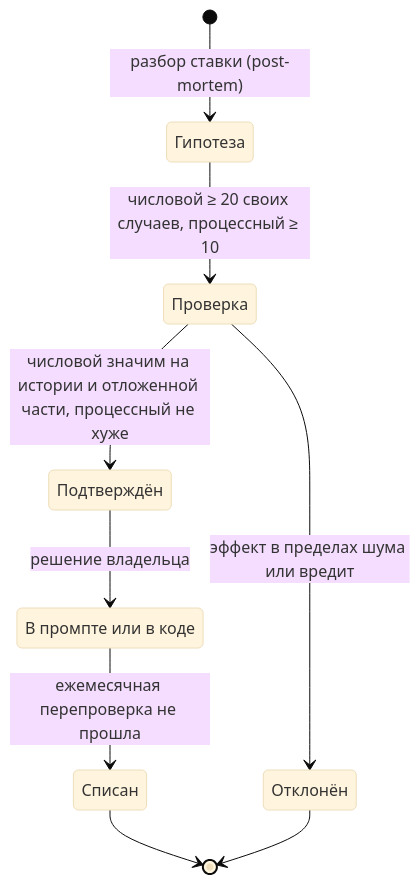
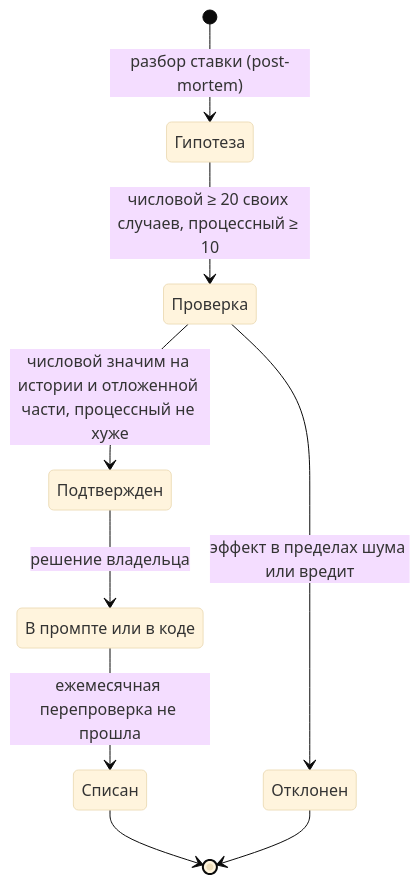
One commit to rvburov/ai_agent_capper changed the second of 2 diagrams in docs/LLM_LEARNING.md. Above: the diagram before and after it, drawn with Mermaid (base theme). The commit also changed other lines of this file and 31 other files, not shown here.

````diff
--- a/docs/LLM_LEARNING.md
+++ b/docs/LLM_LEARNING.md
@@ -67,17 +67,17 @@
 ```mermaid
 stateDiagram-v2
     state "Гипотеза" as hyp
     state "Проверка" as check
-    state "Подтверждён" as conf
-    state "Отклонён" as rej
+    state "Подтвержден" as conf
+    state "Отклонен" as rej
     state "В промпте или в коде" as live
     state "Списан" as retired
     [*] --> hyp: разбор ставки (post-mortem)
     hyp --> check: числовой ≥ 20 своих случаев, процессный ≥ 10
     check --> conf: числовой значим на истории и отложенной части, процессный не хуже
     check --> rej: эффект в пределах шума или вредит
     conf --> live: решение владельца
     live --> retired: ежемесячная перепроверка не прошла
     retired --> [*]
     rej --> [*]
 ```
````
